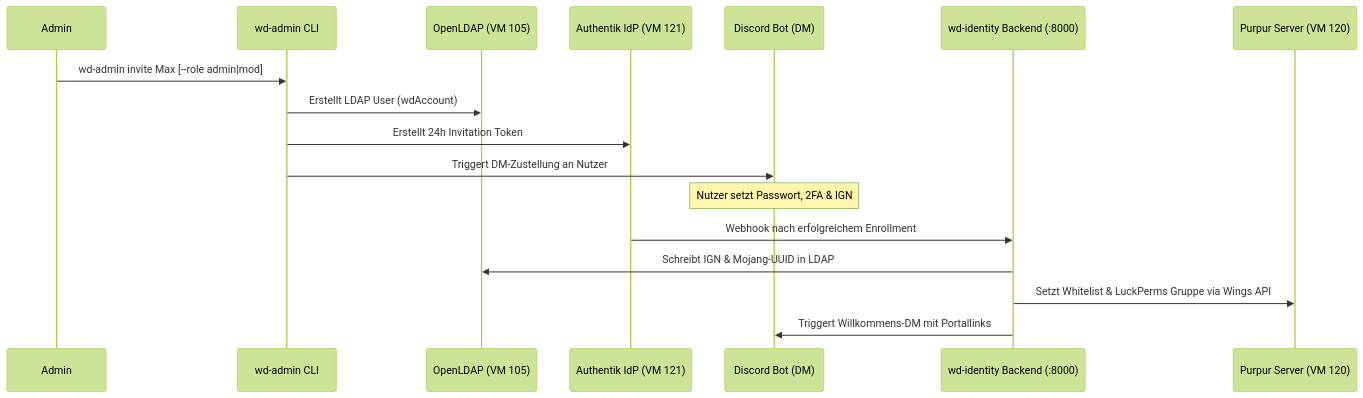
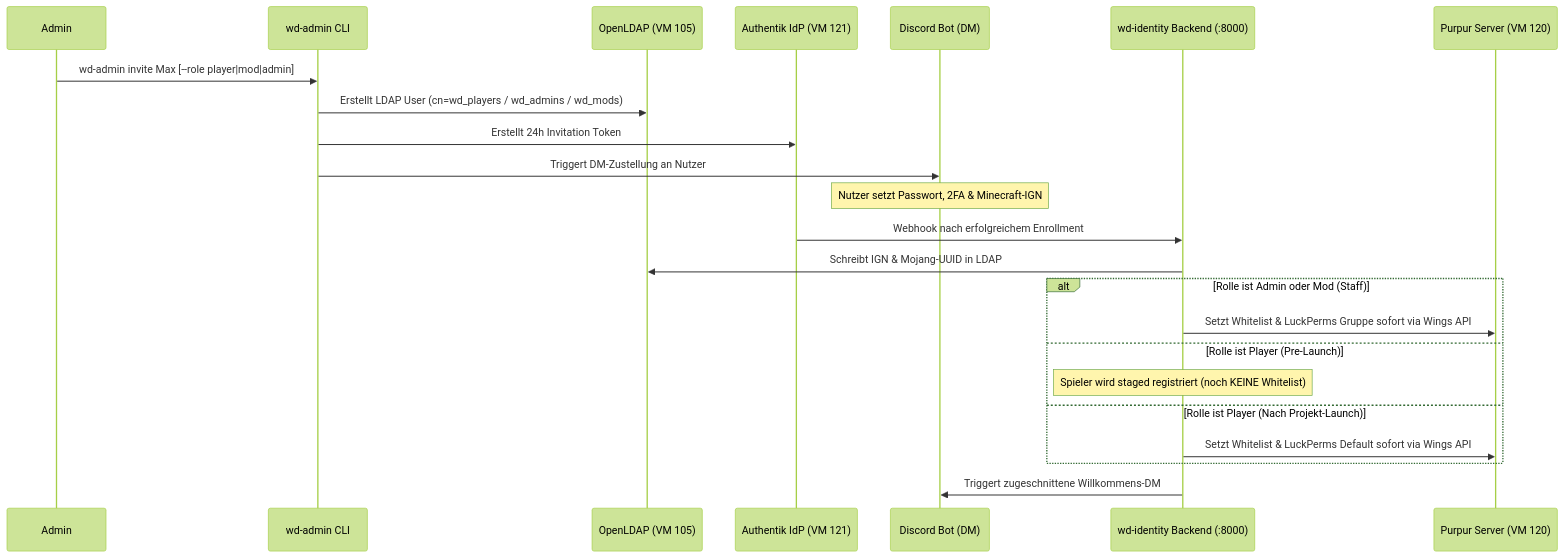
The first of 2 diagrams in docs/admin_operations_handbook.md (Tigimax/minecraft-weihnachtsdorf-team), drawn with Mermaid (forest theme) before and after one commit. The commit also changed other lines of this file and 10 other files, not shown here.

Commit message:
feat(identity): add player onboarding, launch gate and service access restrictions

````diff
--- a/docs/admin_operations_handbook.md
+++ b/docs/admin_operations_handbook.md
@@ -146,20 +146,26 @@
 ```mermaid
 sequenceDiagram
     participant A as Admin
     participant C as wd-admin CLI
     participant L as OpenLDAP (VM 105)
     participant K as Authentik IdP (VM 121)
     participant D as Discord Bot (DM)
     participant W as wd-identity Backend (:8000)
     participant M as Purpur Server (VM 120)
 
-    A->>C: wd-admin invite Max [--role admin|mod]
-    C->>L: Erstellt LDAP User (wdAccount)
+    A->>C: wd-admin invite Max [--role player|mod|admin]
+    C->>L: Erstellt LDAP User (cn=wd_players / wd_admins / wd_mods)
     C->>K: Erstellt 24h Invitation Token
     C->>D: Triggert DM-Zustellung an Nutzer
-    Note over D: Nutzer setzt Passwort, 2FA & IGN
+    Note over D: Nutzer setzt Passwort, 2FA & Minecraft-IGN
     K->>W: Webhook nach erfolgreichem Enrollment
     W->>L: Schreibt IGN & Mojang-UUID in LDAP
-    W->>M: Setzt Whitelist & LuckPerms Gruppe via Wings API
-    W->>D: Triggert Willkommens-DM mit Portallinks
+    alt Rolle ist Admin oder Mod (Staff)
+        W->>M: Setzt Whitelist & LuckPerms Gruppe sofort via Wings API
+    else Rolle ist Player (Pre-Launch)
+        Note over W: Spieler wird staged registriert (noch KEINE Whitelist)
+    else Rolle ist Player (Nach Projekt-Launch)
+        W->>M: Setzt Whitelist & LuckPerms Default sofort via Wings API
+    end
+    W->>D: Triggert zugeschnittene Willkommens-DM
 ```
````
